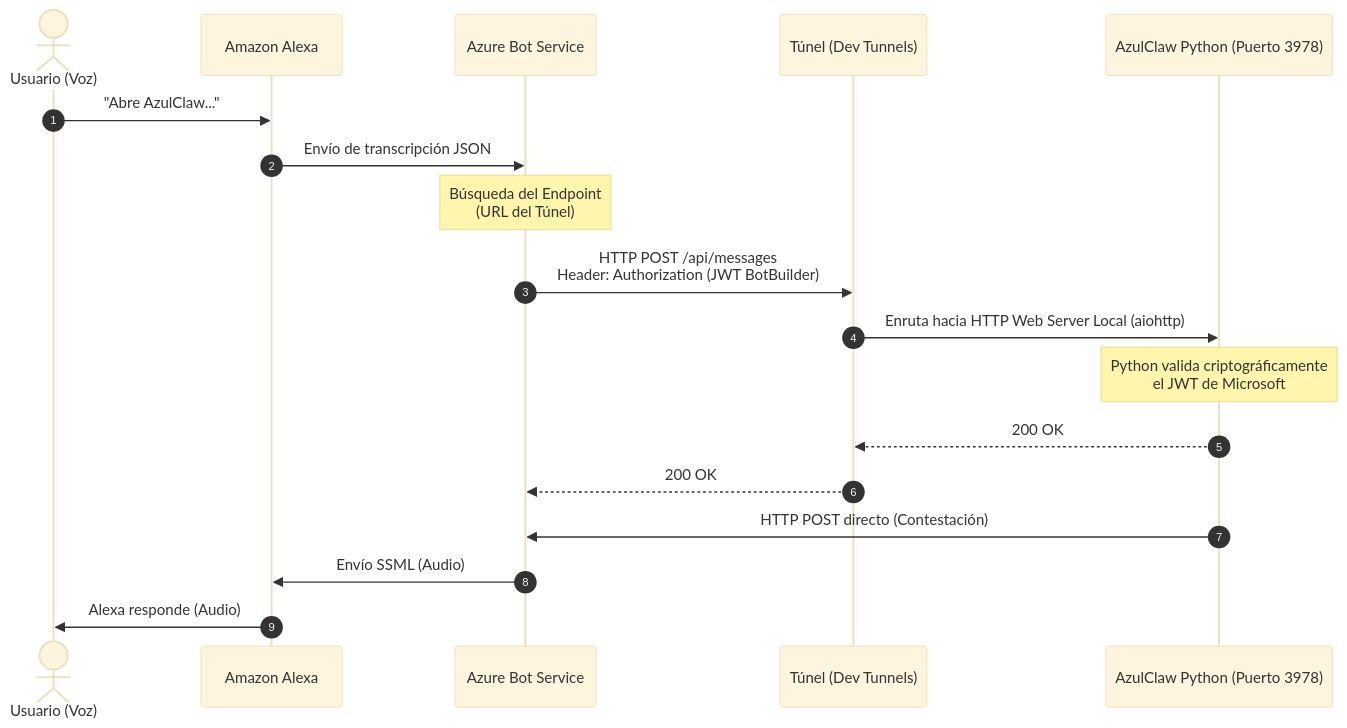
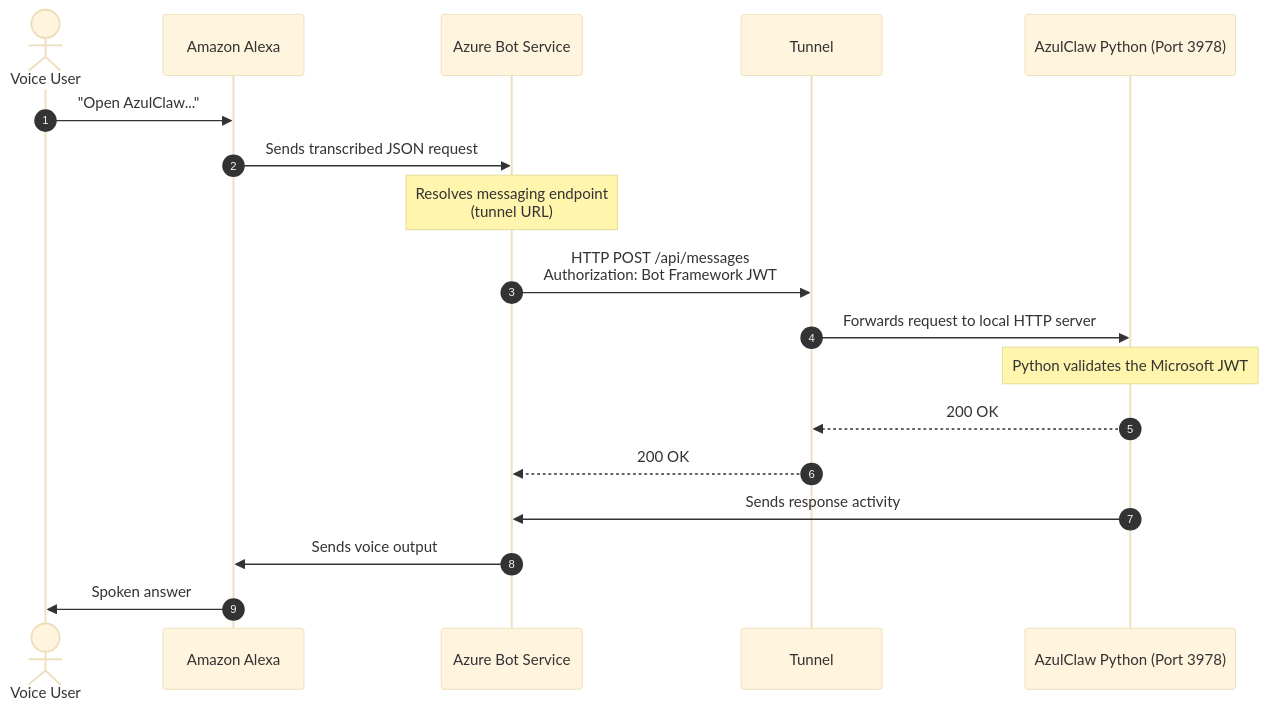
One commit to Javierif/AzulClaw changed the first of 2 diagrams in docs/12_azure_bot_architecture.md. Above: the diagram before and after it, drawn with Mermaid (base theme). The commit also changed other lines of this file and 3 other files, not shown here.

Commit message:
feat: update documentation for Azure Bot deployment and architecture

````diff
--- a/docs/12_azure_bot_architecture.md
+++ b/docs/12_azure_bot_architecture.md
@@ -13,21 +13,21 @@
 ```mermaid
 sequenceDiagram
     autonumber
-    actor U as Usuario (Voz)
+    actor U as Voice User
     participant A as Amazon Alexa
     participant B as Azure Bot Service
-    participant T as Túnel (Dev Tunnels)
-    participant L as AzulClaw Python (Puerto 3978)
+    participant T as Tunnel
+    participant L as AzulClaw Python (Port 3978)
     
-    U->>A: "Abre AzulClaw..."
-    A->>B: Envío de transcripción JSON
-    Note over B: Búsqueda del Endpoint<br/>(URL del Túnel)
-    B->>T: HTTP POST /api/messages<br/>Header: Authorization (JWT BotBuilder)
-    T->>L: Enruta hacia HTTP Web Server Local (aiohttp)
-    Note over L: Python valida criptográficamente<br/>el JWT de Microsoft
+    U->>A: "Open AzulClaw..."
+    A->>B: Sends transcribed JSON request
+    Note over B: Resolves messaging endpoint<br/>(tunnel URL)
+    B->>T: HTTP POST /api/messages<br/>Authorization: Bot Framework JWT
+    T->>L: Forwards request to local HTTP server
+    Note over L: Python validates the Microsoft JWT
     L-->>T: 200 OK
     T-->>B: 200 OK
-    L->>B: HTTP POST directo (Contestación)
-    B->>A: Envío SSML (Audio)
-    A->>U: Alexa responde (Audio)
+    L->>B: Sends response activity
+    B->>A: Sends voice output
+    A->>U: Spoken answer
 ```
````
